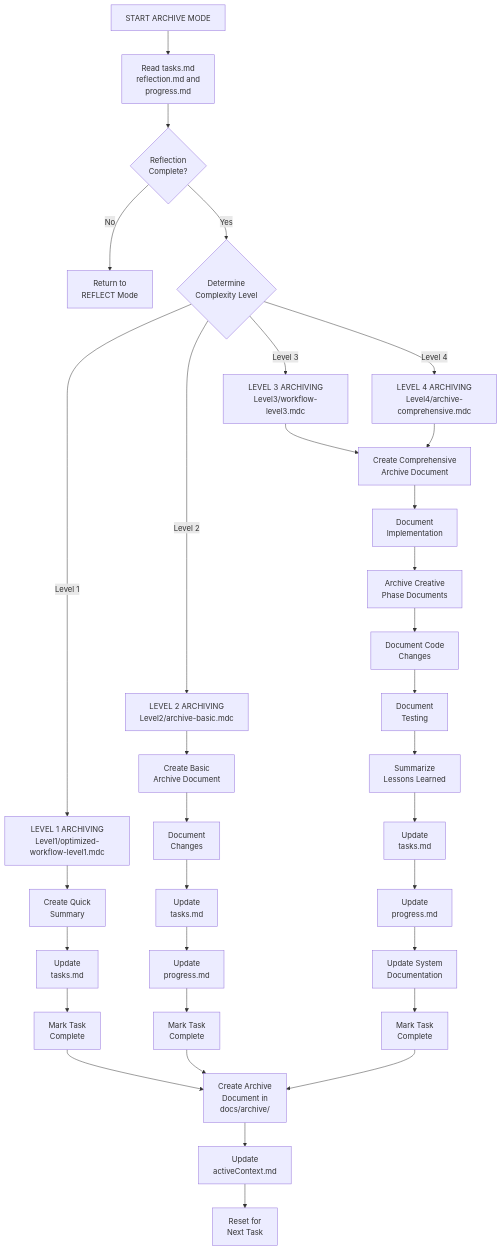
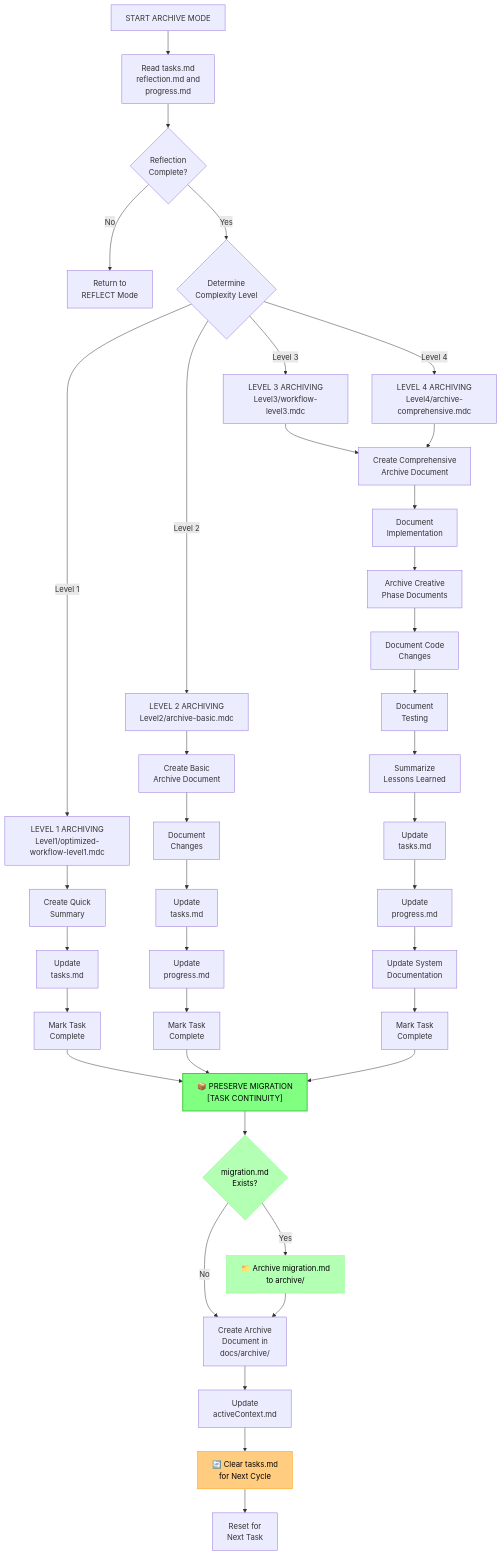
One commit to vanzan01/cursor-memory-bank changed the first of 5 diagrams in .cursor/rules/isolation_rules/visual-maps/archive-mode-map.mdc. Above: the diagram before and after it, drawn with Mermaid. The commit also changed 5 other files, not shown here.

````diff
--- a/.cursor/rules/isolation_rules/visual-maps/archive-mode-map.mdc
+++ b/.cursor/rules/isolation_rules/visual-maps/archive-mode-map.mdc
@@ -12,44 +12,55 @@
 ```mermaid
 graph TD
     Start["START ARCHIVE MODE"] --> ReadTasks["Read tasks.md<br>reflection.md and<br>progress.md"]
 
     %% Initial Assessment
     ReadTasks --> VerifyReflect{"Reflection<br>Complete?"}
     VerifyReflect -->|"No"| ReturnReflect["Return to<br>REFLECT Mode"]
     VerifyReflect -->|"Yes"| AssessLevel{"Determine<br>Complexity Level"}
 
     %% Level-Based Archiving
     AssessLevel -->|"Level 1"| L1Archive["LEVEL 1 ARCHIVING<br>Level1/optimized-workflow-level1.mdc"]
     AssessLevel -->|"Level 2"| L2Archive["LEVEL 2 ARCHIVING<br>Level2/archive-basic.mdc"]
     AssessLevel -->|"Level 3"| L3Archive["LEVEL 3 ARCHIVING<br>Level3/workflow-level3.mdc"]
     AssessLevel -->|"Level 4"| L4Archive["LEVEL 4 ARCHIVING<br>Level4/archive-comprehensive.mdc"]
 
     %% Level 1 Archiving (Minimal)
     L1Archive --> L1Summary["Create Quick<br>Summary"]
     L1Summary --> L1Task["Update<br>tasks.md"]
     L1Task --> L1Complete["Mark Task<br>Complete"]
 
     %% Level 2 Archiving (Basic)
     L2Archive --> L2Summary["Create Basic<br>Archive Document"]
     L2Summary --> L2Doc["Document<br>Changes"]
     L2Doc --> L2Task["Update<br>tasks.md"]
     L2Task --> L2Progress["Update<br>progress.md"]
     L2Progress --> L2Complete["Mark Task<br>Complete"]
 
     %% Level 3-4 Archiving (Comprehensive)
     L3Archive & L4Archive --> L34Summary["Create Comprehensive<br>Archive Document"]
     L34Summary --> L34Doc["Document<br>Implementation"]
     L34Doc --> L34Creative["Archive Creative<br>Phase Documents"]
     L34Creative --> L34Code["Document Code<br>Changes"]
     L34Code --> L34Test["Document<br>Testing"]
     L34Test --> L34Lessons["Summarize<br>Lessons Learned"]
     L34Lessons --> L34Task["Update<br>tasks.md"]
     L34Task --> L34Progress["Update<br>progress.md"]
     L34Progress --> L34System["Update System<br>Documentation"]
     L34System --> L34Complete["Mark Task<br>Complete"]
 
     %% Completion
-    L1Complete & L2Complete & L34Complete --> CreateArchive["Create Archive<br>Document in<br>docs/archive/"]
+    L1Complete & L2Complete & L34Complete --> PreserveMigration["📦 PRESERVE MIGRATION<br>[TASK CONTINUITY]"]
+    PreserveMigration --> VerifyMigration{"migration.md<br>Exists?"}
+    VerifyMigration -->|"Yes"| ArchiveMigration["📁 Archive migration.md<br>to archive/"]
+    VerifyMigration -->|"No"| CreateArchive["Create Archive<br>Document in<br>docs/archive/"]
+    ArchiveMigration --> CreateArchive
     CreateArchive --> UpdateActive["Update<br>activeContext.md"]
-    UpdateActive --> Reset["Reset for<br>Next Task"]
+    UpdateActive --> ClearTasks["🔄 Clear tasks.md<br>for Next Cycle"]
+    ClearTasks --> Reset["Reset for<br>Next Task"]
+
+    %% Task Continuity Styling
+    style PreserveMigration fill:#80ff80,stroke:#40cc40,color:black,stroke-width:2px
+    style VerifyMigration fill:#b3ffb3,stroke:#80ff80,color:black
+    style ArchiveMigration fill:#b3ffb3,stroke:#80ff80,color:black
+    style ClearTasks fill:#ffcc80,stroke:#ff9900,color:black
 ```
````
